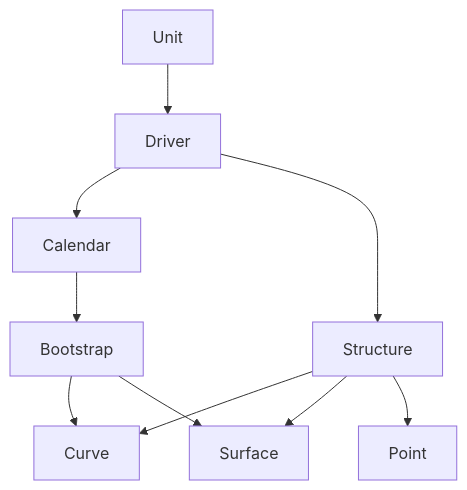
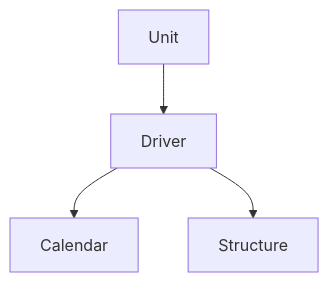
One commit to tristanvandevelde/finstruct changed the diagram in README.md. Above: the diagram before and after it, drawn with Mermaid.

````diff
--- a/README.md
+++ b/README.md
@@ -32,12 +32,6 @@
 ```mermaid
 graph TD;
     Unit-->Driver;
     Driver-->Calendar;
     Driver-->Structure;
-    Structure-->Curve;
-    Structure-->Surface;
-    Structure-->Point;
-    Calendar-->Bootstrap;
-    Bootstrap-->Curve;
-    Bootstrap-->Surface;
 ```
````
